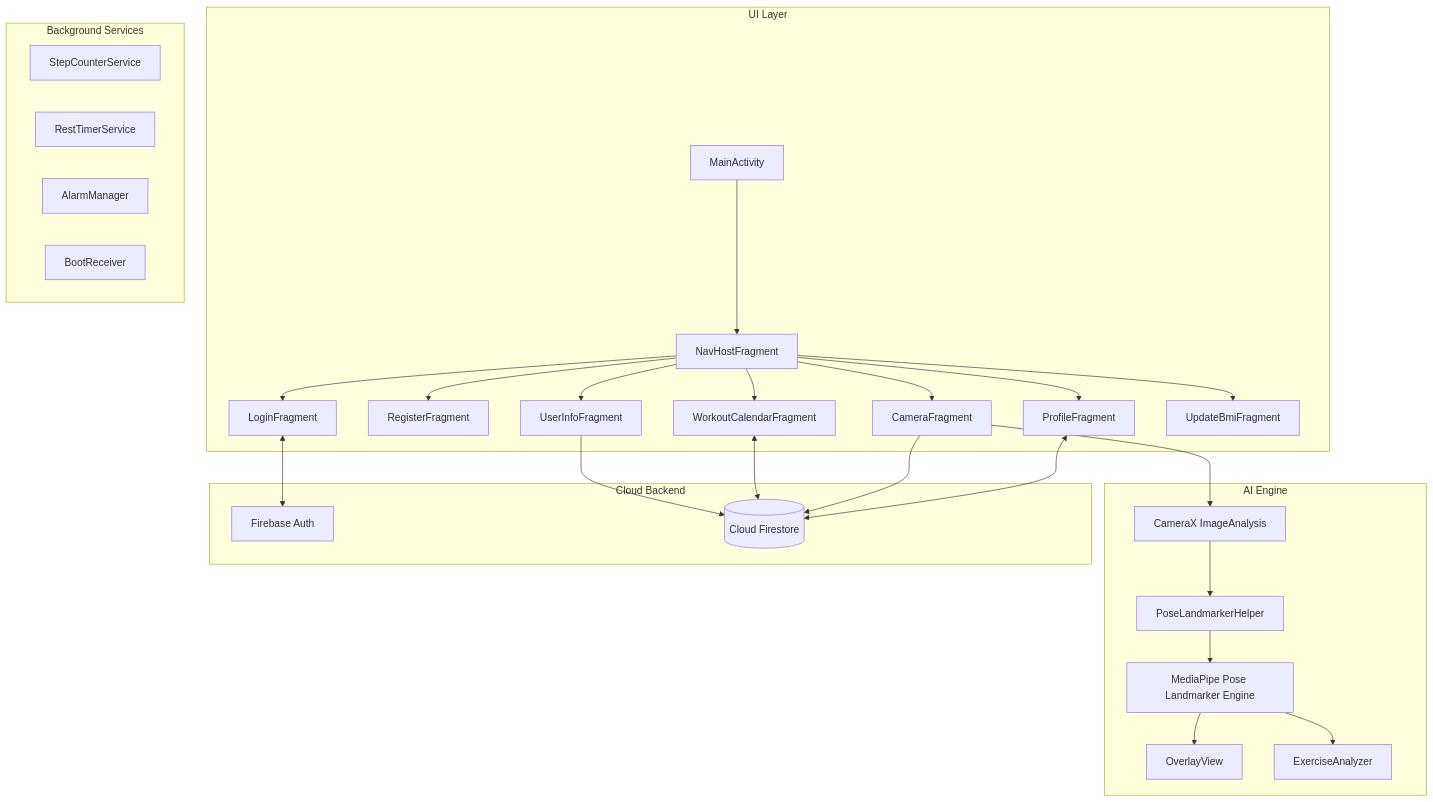
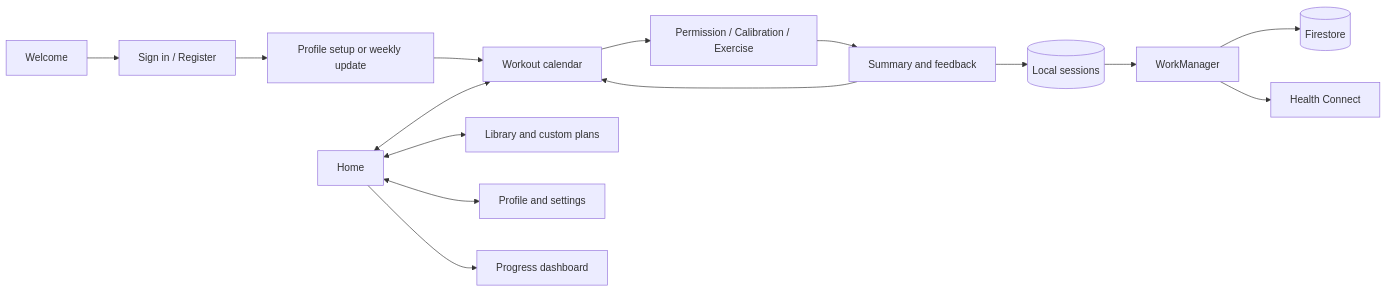
The diagram in README.md (truongvu-25/AIFitness1), drawn with Mermaid before and after one commit. The commit also changed other lines of this file and 87 other files, not shown here.

````diff
--- a/README.md
+++ b/README.md
@@ -38,39 +41,17 @@
 ```mermaid
-flowchart TD
-    subgraph UI Layer
-        MA[MainActivity] --> NHF[NavHostFragment]
-        NHF --> LF[LoginFragment]
-        NHF --> RF[RegisterFragment]
-        NHF --> UIF[UserInfoFragment]
-        NHF --> WCF[WorkoutCalendarFragment]
-        NHF --> CF[CameraFragment]
-        NHF --> PF[ProfileFragment]
-        NHF --> UBF[UpdateBmiFragment]
-    end
-
-    subgraph AI Engine
-        CF --> CX[CameraX ImageAnalysis]
-        CX --> PLH[PoseLandmarkerHelper]
-        PLH --> MP[MediaPipe Pose Landmarker Engine]
-        MP --> OV[OverlayView]
-        MP --> EA[ExerciseAnalyzer]
-    end
-
-    subgraph Background Services
-        SCS[StepCounterService]
-        RTS[RestTimerService]
-        AM[AlarmManager]
-        BR[BootReceiver]
-    end
-
-    subgraph Cloud Backend
-        FA[Firebase Auth]
-        FS[(Cloud Firestore)]
-    end
-
-    LF <--> FA
-    UIF --> FS
-    WCF <--> FS
-    CF --> FS
-    PF <--> FS
+flowchart LR
+    Welcome --> Auth[Sign in / Register]
+    Auth --> Profile[Profile setup or weekly update]
+    Profile --> Calendar[Workout calendar]
+    Calendar --> Camera[Permission / Calibration / Exercise]
+    Camera --> Summary[Summary and feedback]
+    Summary --> Calendar
+    Home <--> Calendar
+    Home <--> Library[Library and custom plans]
+    Home <--> Account[Profile and settings]
+    Home --> Progress[Progress dashboard]
+    Summary --> Room[(Local sessions)]
+    Room --> Worker[WorkManager]
+    Worker --> Firestore[(Firestore)]
+    Worker --> Health[Health Connect]
 ```
````
